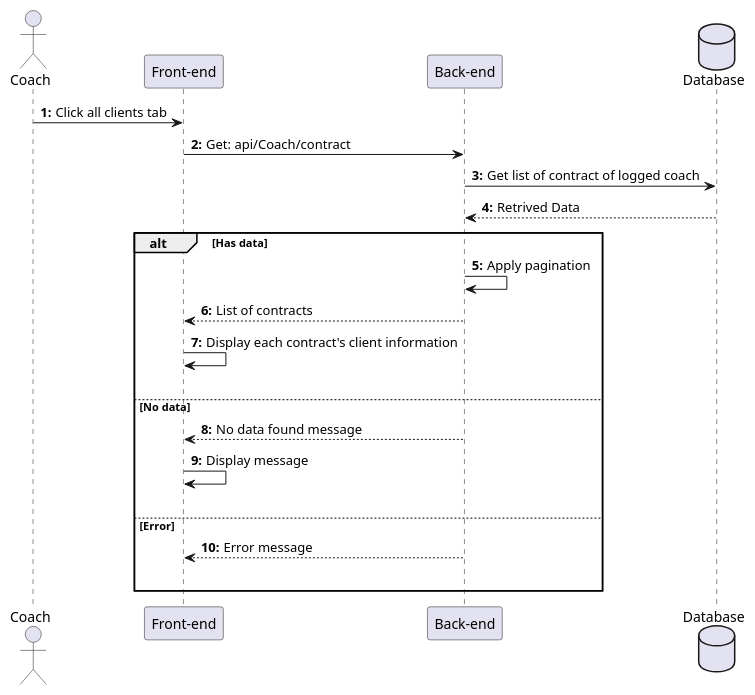
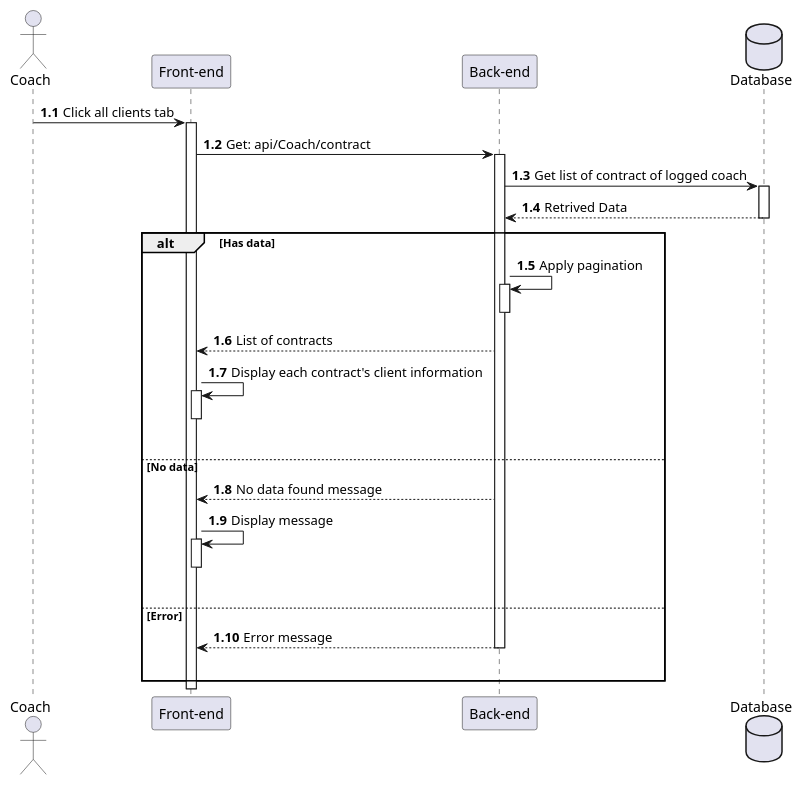
The diagram in Sequences_diagrams/ViewCoachClients.pu (HTPhong-276/iCoaching-Diagrams), drawn with PlantUML before and after one commit. The commit also changed 49 other files, not shown here.

```diff
--- a/Sequences_diagrams/ViewCoachClients.pu
+++ b/Sequences_diagrams/ViewCoachClients.pu
@@ -1,31 +1,36 @@
 @startuml ViewAllCoachClients
 
 actor Coach as user
 participant "Front-end" as client
 participant "Back-end" as server 
 database "Database" as db
 
-autonumber "<b>0:"
+autonumber 1.1 "<b>0:"
 
-user -> client : Click all clients tab
-client -> server : Get: api/Coach/contract
-server -> db : Get list of contract of logged coach
+user -> client++ : Click all clients tab
+client -> server++ : Get: api/Coach/contract
+server -> db++ : Get list of contract of logged coach
 db --> server : Retrived Data
+deactivate
 
 alt Has data
-    server -> server : Apply pagination
+    server -> server++ : Apply pagination
+    deactivate
     server --> client : List of contracts
-    client -> client : Display each contract's client information
+    client -> client++ : Display each contract's client information
+    deactivate
     |||
 
 else No data
     server --> client : No data found message
-    client -> client : Display message 
+    client -> client++ : Display message
+    deactivate 
     |||
 
 else Error
     server --> client : Error message
+    deactivate
     |||
 end 
 
 @enduml
```
